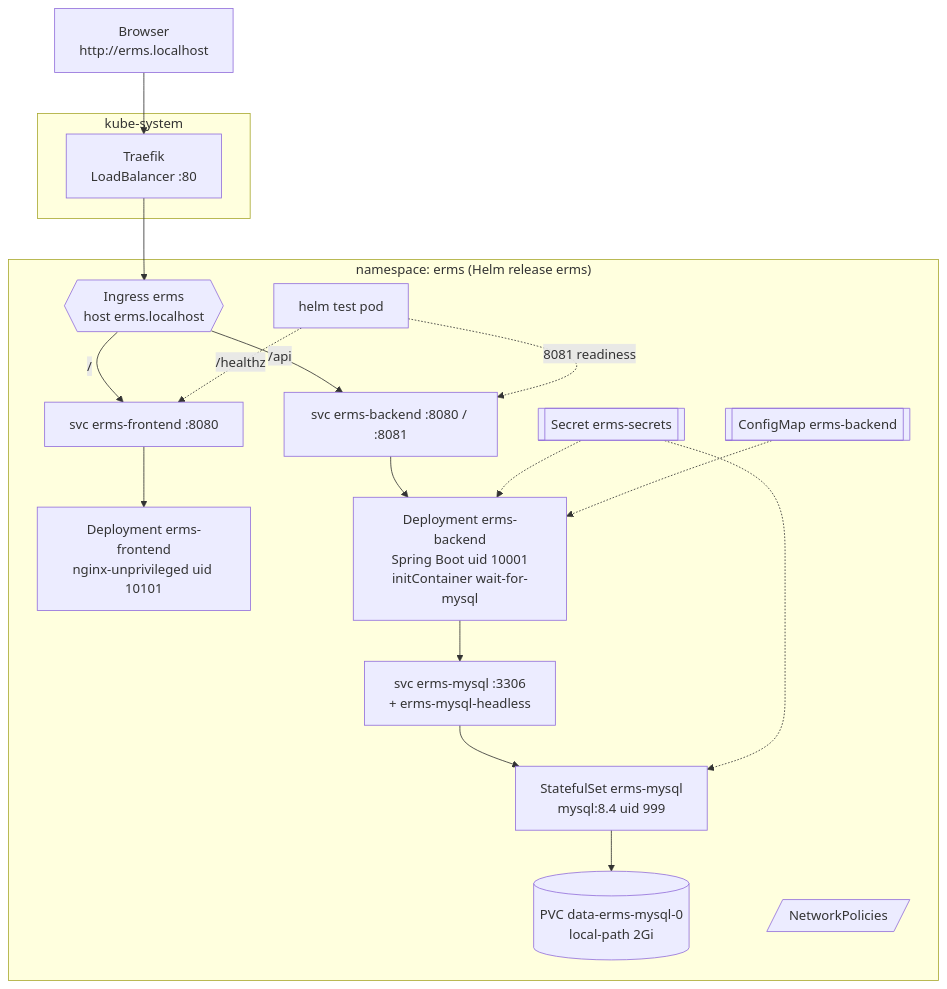
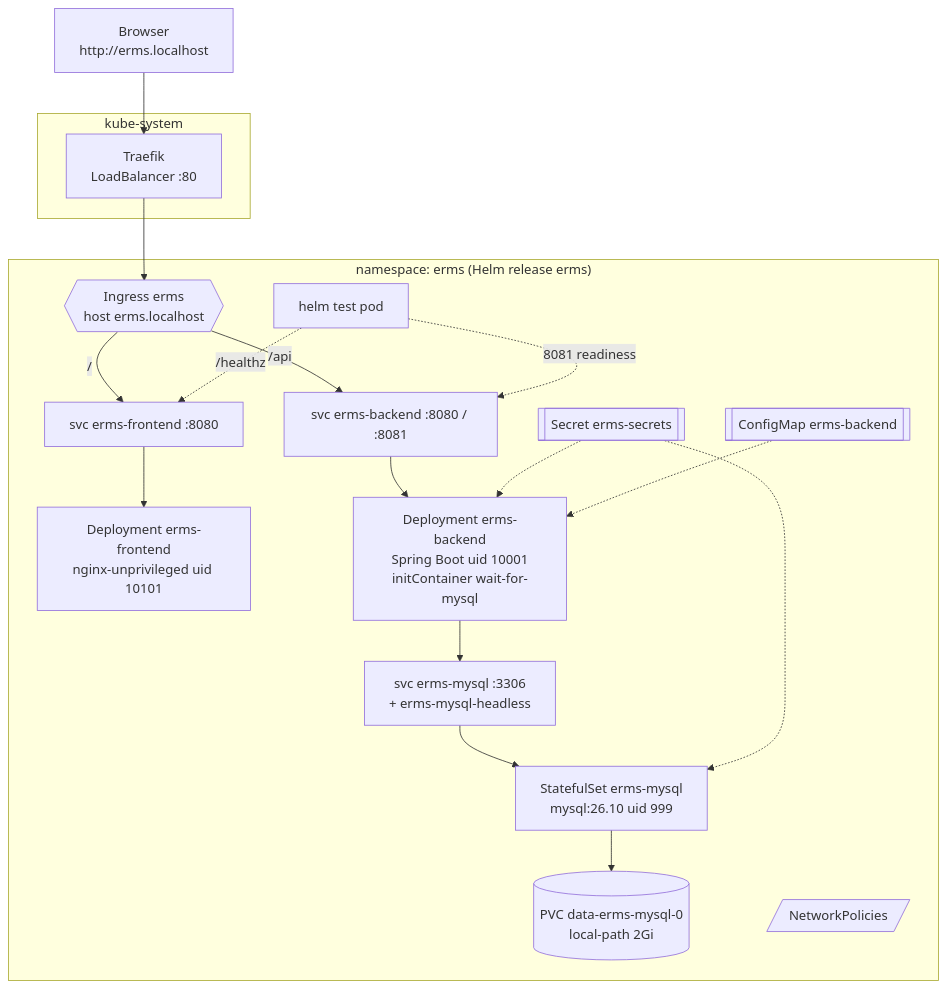
The diagram in docs/DEPLOYMENT.md (manojis/CriticalUtilityResponseService), drawn with Mermaid before and after one commit. The commit also changed other lines of this file and 27 other files, not shown here.

````diff
--- a/docs/DEPLOYMENT.md
+++ b/docs/DEPLOYMENT.md
@@ -16,30 +16,30 @@
 ```mermaid
 flowchart TB
     U["Browser<br/>http://erms.localhost"] --> T
     subgraph kube-system
         T[Traefik<br/>LoadBalancer :80]
     end
     subgraph erms["namespace: erms (Helm release erms)"]
         I{{Ingress erms<br/>host erms.localhost}}
         FS[svc erms-frontend :8080]
         BS[svc erms-backend :8080 / :8081]
         MS[svc erms-mysql :3306<br/>+ erms-mysql-headless]
         FD[Deployment erms-frontend<br/>nginx-unprivileged uid 10101]
         BD[Deployment erms-backend<br/>Spring Boot uid 10001<br/>initContainer wait-for-mysql]
-        SS[StatefulSet erms-mysql<br/>mysql:8.4 uid 999]
+        SS[StatefulSet erms-mysql<br/>mysql:26.10 uid 999]
         PVC[(PVC data-erms-mysql-0<br/>local-path 2Gi)]
         SEC[[Secret erms-secrets]]
         CM[[ConfigMap erms-backend]]
         NP[/NetworkPolicies/]
         HT[helm test pod]
     end
     T --> I
     I -- "/" --> FS --> FD
     I -- "/api" --> BS --> BD
     BD --> MS --> SS --> PVC
     SEC -.-> BD
     SEC -.-> SS
     CM -.-> BD
     HT -. "8081 readiness" .-> BS
     HT -. "/healthz" .-> FS
 ```
````
